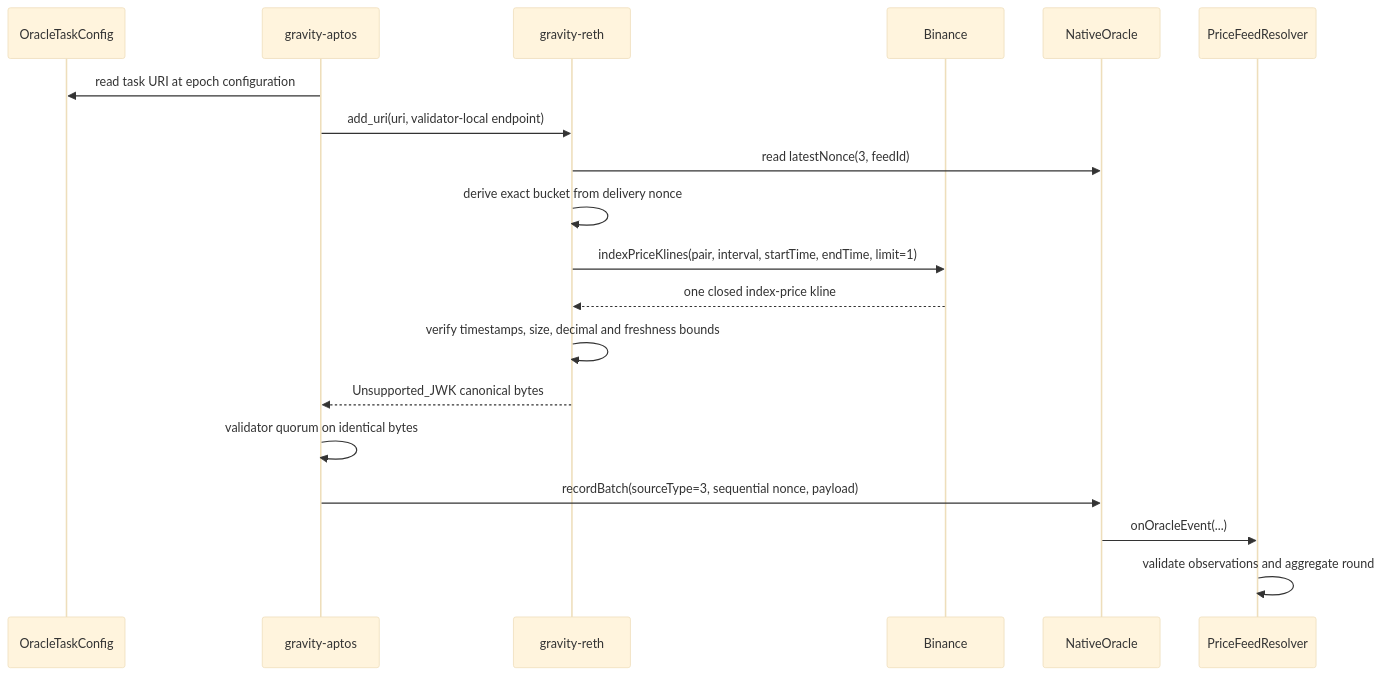
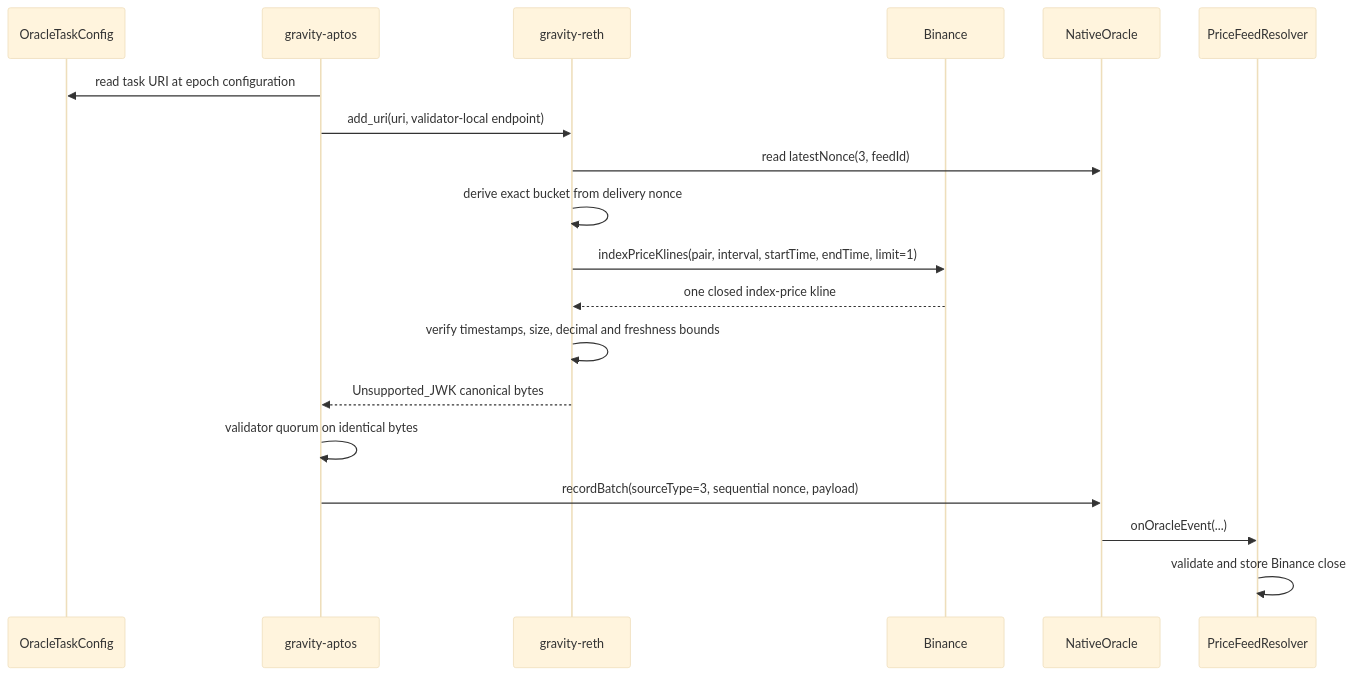
Before and after one commit to Galxe/gravity_chain_core_contracts: the second of 3 diagrams in docs/oracle_workflow.md, drawn with Mermaid (base theme). The commit also changed other lines of this file and 7 other files, not shown here.

````diff
--- a/docs/oracle_workflow.md
+++ b/docs/oracle_workflow.md
@@ -73,22 +68,22 @@
 ```mermaid
 sequenceDiagram
     participant C as OracleTaskConfig
     participant A as gravity-aptos
     participant R as gravity-reth
     participant B as Binance
     participant N as NativeOracle
     participant P as PriceFeedResolver
 
     A->>C: read task URI at epoch configuration
     A->>R: add_uri(uri, validator-local endpoint)
     R->>N: read latestNonce(3, feedId)
     R->>R: derive exact bucket from delivery nonce
     R->>B: indexPriceKlines(pair, interval, startTime, endTime, limit=1)
     B-->>R: one closed index-price kline
     R->>R: verify timestamps, size, decimal and freshness bounds
     R-->>A: Unsupported_JWK canonical bytes
     A->>A: validator quorum on identical bytes
     A->>N: recordBatch(sourceType=3, sequential nonce, payload)
     N->>P: onOracleEvent(...)
-    P->>P: validate observations and aggregate round
+    P->>P: validate and store Binance close
 ```
````
